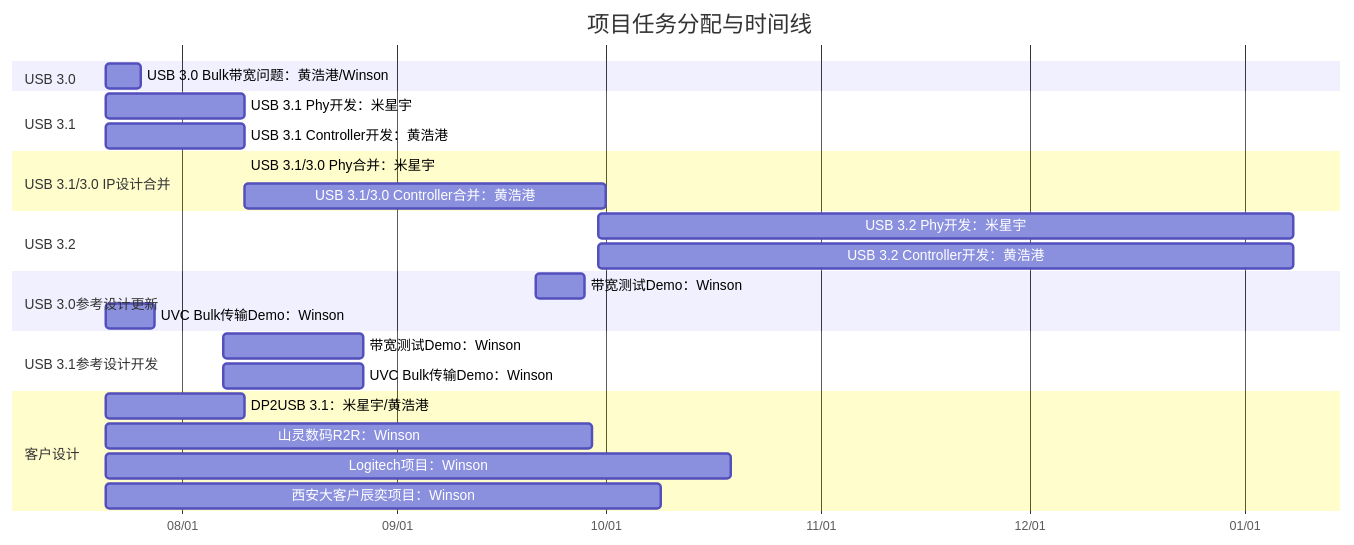
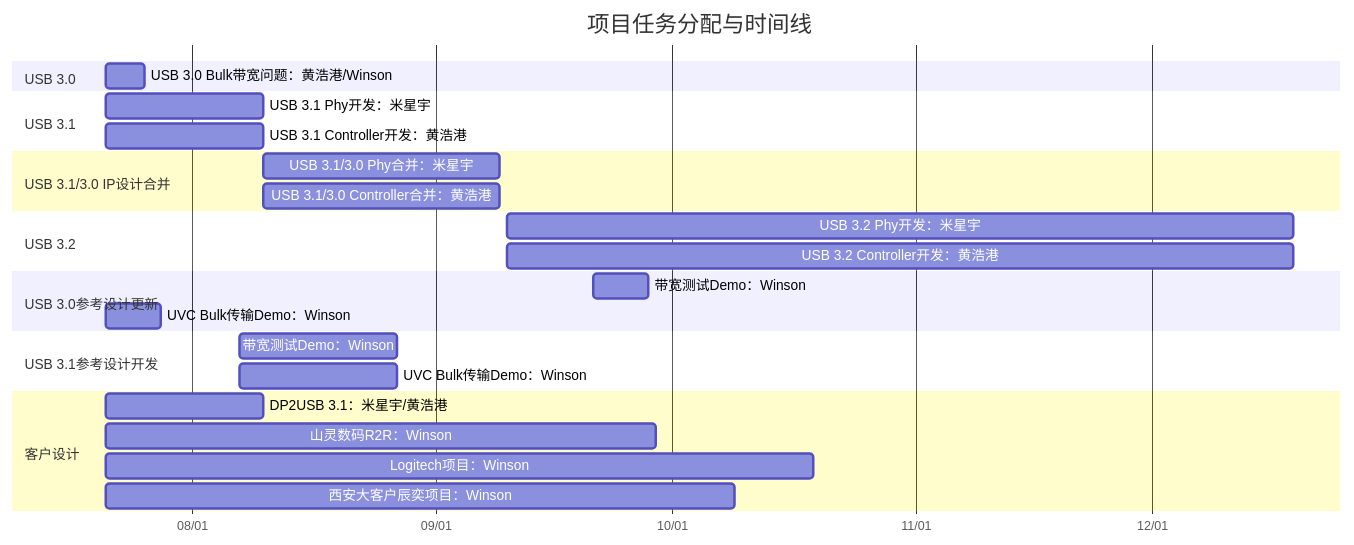
Before and after one commit to winsonbook/iodraw-files: the diagram in all/未命名.md, drawn with Mermaid.

Commit message:
2025-07-21 10:15:25 update

````diff
--- a/all/未命名.md
+++ b/all/未命名.md
@@ -1,35 +1,35 @@
 ```mermaid
 gantt
     title 项目任务分配与时间线
     dateFormat  YYYY-MM-DD
     axisFormat  %m/%d
 
     section USB 3.0
     USB 3.0 Bulk带宽问题：黄浩港/Winson   :    task1, 2025-07-21, 5d
 
     section USB 3.1
     USB 3.1 Phy开发：米星宇      :         task2, 2025-07-21, 20d
     USB 3.1 Controller开发：黄浩港      :  task3, 2025-07-21, 20d
 
     section USB 3.1/3.0 IP设计合并
-    USB 3.1/3.0 Phy合并：米星宇       :    task4, 2025-08-10, d
-    USB 3.1/3.0 Controller合并：黄浩港:    task5, 2025-08-10, 52d
+    USB 3.1/3.0 Phy合并：米星宇       :    task4, 2025-08-10, 30d
+    USB 3.1/3.0 Controller合并：黄浩港:    task5, 2025-08-10, 30d
 
     section USB 3.2
-    USB 3.2 Phy开发：米星宇      :         task2, 2025-09-30, 100d
-    USB 3.2 Controller开发：黄浩港      :  task3, 2025-09-30, 100d
+    USB 3.2 Phy开发：米星宇      :         task2, 2025-09-10, 100d
+    USB 3.2 Controller开发：黄浩港      :  task3, 2025-09-10, 100d
 
     section USB 3.0参考设计更新
     带宽测试Demo：Winson       :         task6, 2025-09-21, 7d
     UVC Bulk传输Demo：Winson   :        task7, 2025-07-21, 7d
 
     section USB 3.1参考设计开发
     带宽测试Demo：Winson       :         task8, 2025-08-07, 20d
     UVC Bulk传输Demo：Winson   :         task9, 2025-08-07, 20d
 
     section 客户设计
     DP2USB 3.1：米星宇/黄浩港      :task10, 2025-07-21, 20d
     山灵数码R2R：Winson :             task11, 2025-07-21, 70d
     Logitech项目：Winson :            task12, 2025-07-21, 90d
     西安大客户辰奕项目：Winson :       task13, 2025-07-21, 80d
 ```
````
